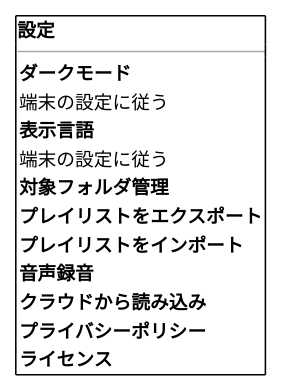
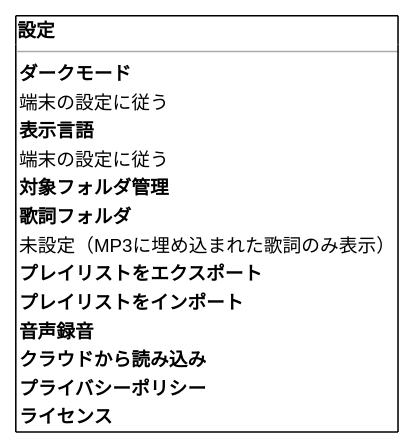
Diagram 19 of 25 in doc/ui.md (miyauchi0224/mp3player), drawn with PlantUML before and after one commit. The commit also changed other lines of this file and 112 other files, not shown here.

````diff
--- a/doc/ui.md
+++ b/doc/ui.md
@@ -410,21 +415,23 @@
 ```plantuml
 @startsalt
 {+
   <b>設定
   --
   {
     <b>ダークモード
     端末の設定に従う
     <b>表示言語
     端末の設定に従う
     <b>対象フォルダ管理
+    <b>歌詞フォルダ
+    未設定（MP3に埋め込まれた歌詞のみ表示）
     <b>プレイリストをエクスポート
     <b>プレイリストをインポート
     <b>音声録音
     <b>クラウドから読み込み
     <b>プライバシーポリシー
     <b>ライセンス
   }
 }
 @endsalt
 ```
````
